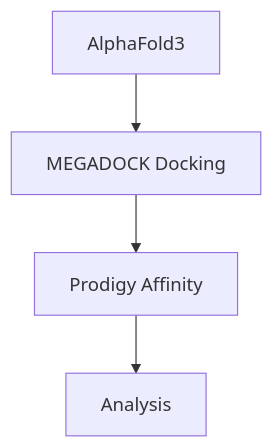
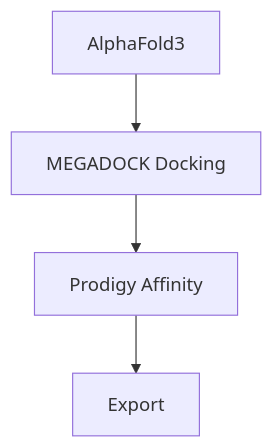
Before and after one commit to pipipyau/protein-pipeline: the diagram in README.md, drawn with Mermaid. The commit also changed other lines of this file, not shown here.

````diff
--- a/README.md
+++ b/README.md
@@ -79,6 +55,6 @@
 ```mermaid
 graph TD
     A[AlphaFold3] --> B[MEGADOCK Docking]
     B --> C[Prodigy Affinity]
-    C --> D[Analysis]
+    C --> D[Export]
 ```
````
